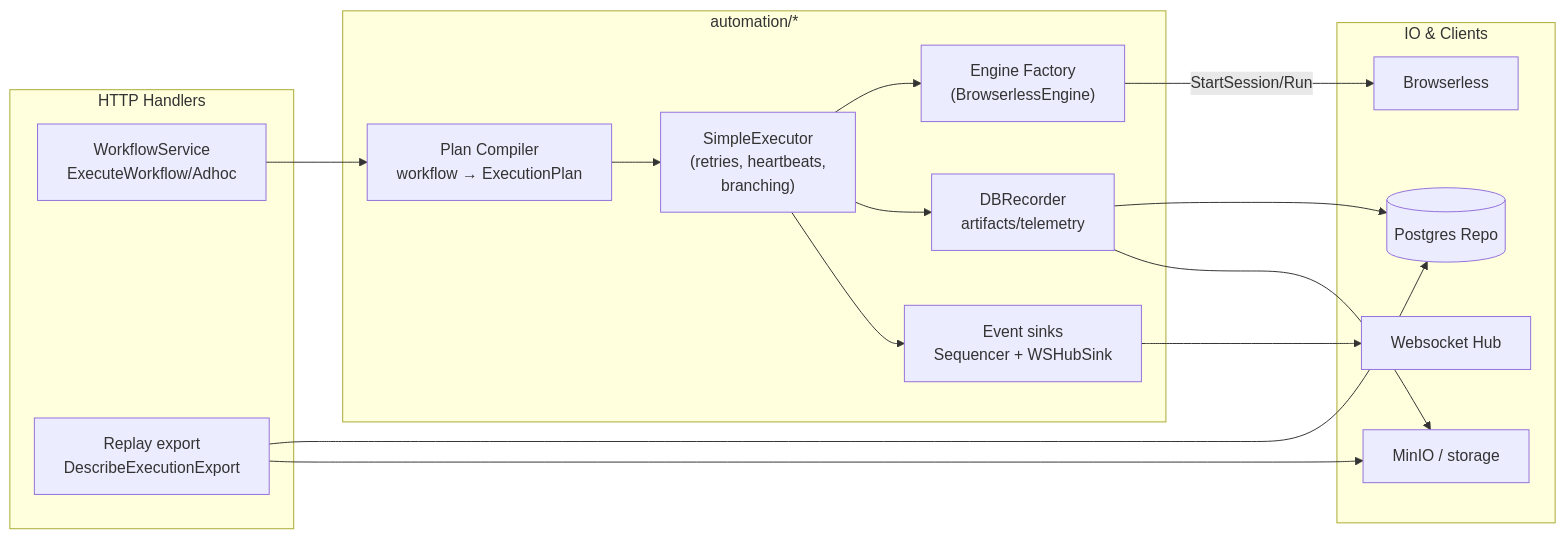
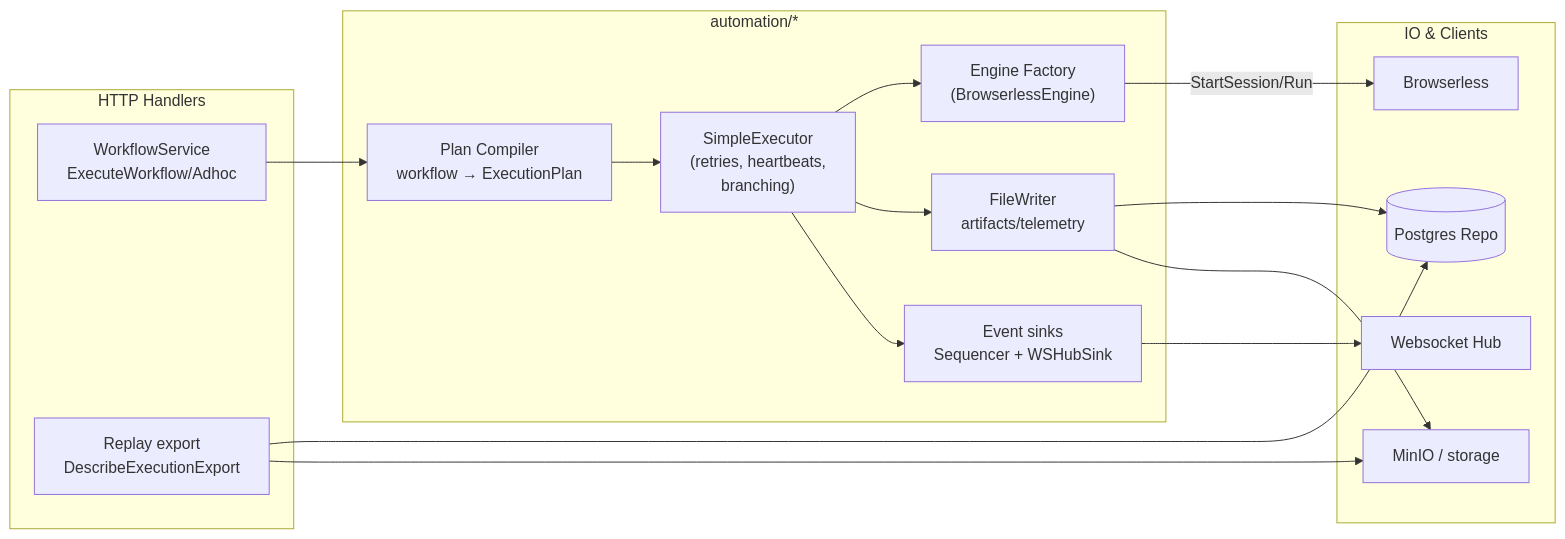
One commit to Vrooli/Vrooli changed the diagram in scenarios/browser-automation-studio/api/services/README.md. Above: the diagram before and after it, drawn with Mermaid. The commit also changed 60 other files, not shown here.

````diff
--- a/scenarios/browser-automation-studio/api/services/README.md
+++ b/scenarios/browser-automation-studio/api/services/README.md
@@ -6,31 +6,31 @@
 ```mermaid
 flowchart LR
     subgraph Handler["HTTP Handlers"]
         WF["WorkflowService\nExecuteWorkflow/Adhoc"]
         EXP["Replay export\nDescribeExecutionExport"]
     end
 
     subgraph Automation["automation/*"]
         PLAN["Plan Compiler\nworkflow → ExecutionPlan"]
         EXEC["SimpleExecutor\n(retries, heartbeats,\nbranching)"]
         ENG["Engine Factory\n(BrowserlessEngine)"]
-        REC["DBRecorder\nartifacts/telemetry"]
+        REC["FileWriter\nartifacts/telemetry"]
         EVT["Event sinks\nSequencer + WSHubSink"]
     end
 
     subgraph IO["IO & Clients"]
         DB[(Postgres Repo)]
         WS["Websocket Hub"]
         MINIO["MinIO / storage"]
         BROW["Browserless"]
     end
 
     WF --> PLAN --> EXEC
     EXEC --> ENG
     EXEC --> REC --> DB
     EXEC --> EVT --> WS
     ENG -->|StartSession/Run| BROW
     REC --> MINIO
     EXP --> DB
     EXP --> MINIO
 ```
````
